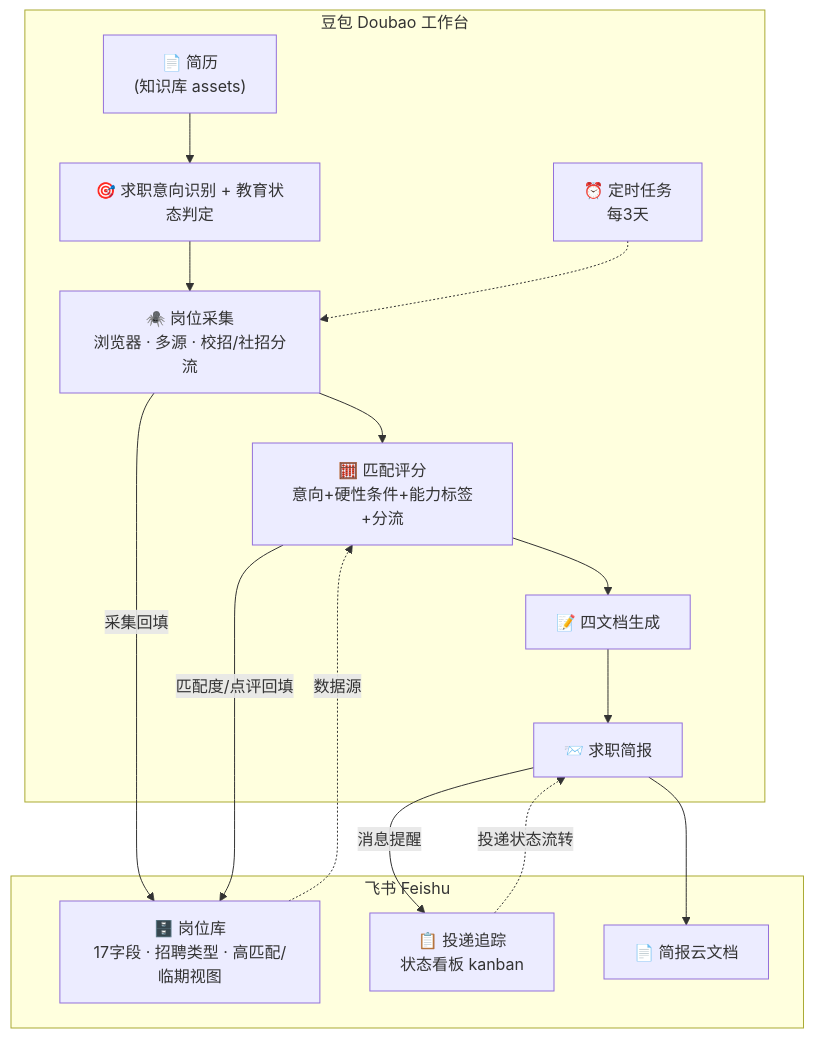
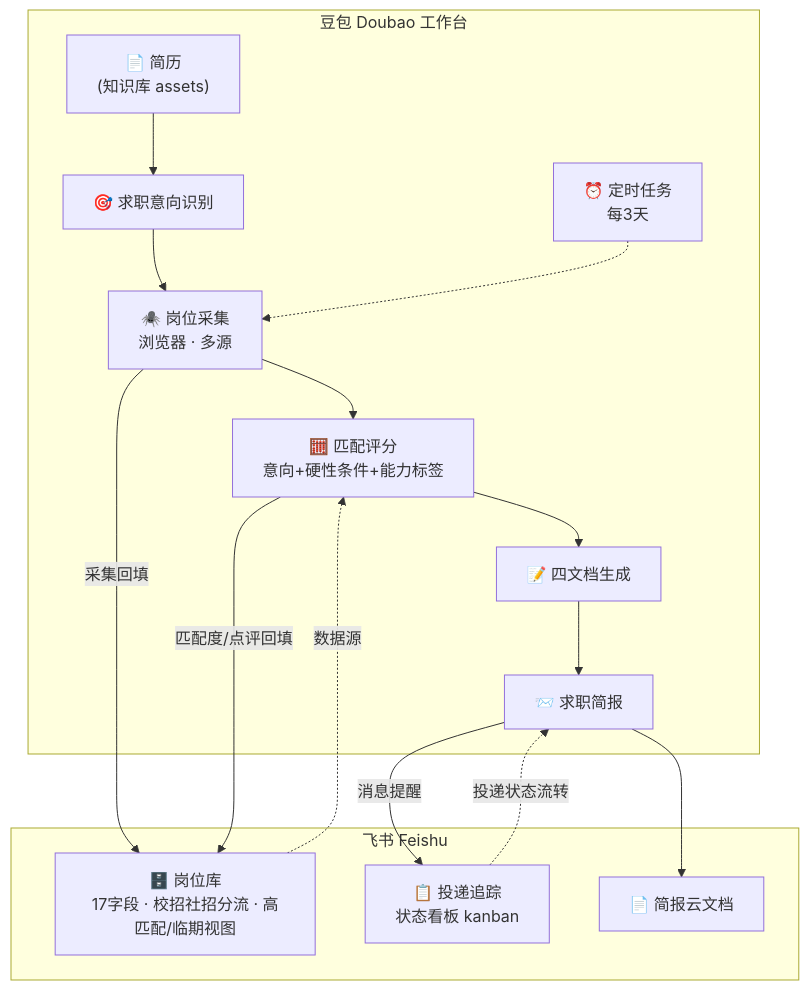
One commit to lzlin3459-hash/ai-job-manager changed the first of 2 diagrams in README.md. Above: the diagram before and after it, drawn with Mermaid. The commit also changed other lines of this file and 3 other files, not shown here.

````diff
--- a/README.md
+++ b/README.md
@@ -106,24 +116,24 @@
 ```mermaid
 flowchart TB
     subgraph Doubao["豆包 Doubao 工作台"]
-        A["📄 简历\n(知识库 assets)"] --> B["🎯 求职意向识别 + 教育状态判定"]
-        B --> C["🕷️ 岗位采集\n浏览器 · 多源 · 校招/社招分流"]
-        C --> D["🧮 匹配评分\n意向+硬性条件+能力标签+分流"]
+        A["📄 简历\n(知识库 assets)"] --> B["🎯 求职意向识别"]
+        B --> C["🕷️ 岗位采集\n浏览器 · 多源"]
+        C --> D["🧮 匹配评分\n意向+硬性条件+能力标签"]
         D --> E["📝 四文档生成"]
         E --> F["📨 求职简报"]
         G["⏰ 定时任务\n每3天"] -.-> C
     end
 
     subgraph Feishu["飞书 Feishu"]
-        H["🗄️ 岗位库\n17字段 · 招聘类型 · 高匹配/临期视图"]
+        H["🗄️ 岗位库\n17字段 · 校招社招分流 · 高匹配/临期视图"]
         I["📋 投递追踪\n状态看板 kanban"]
         J["📄 简报云文档"]
     end
 
     C -->|"采集回填"| H
     D -->|"匹配度/点评回填"| H
     F --> J
     F -->|"消息提醒"| I
     H -.->|"数据源"| D
     I -.->|"投递状态流转"| F
 ```
````
